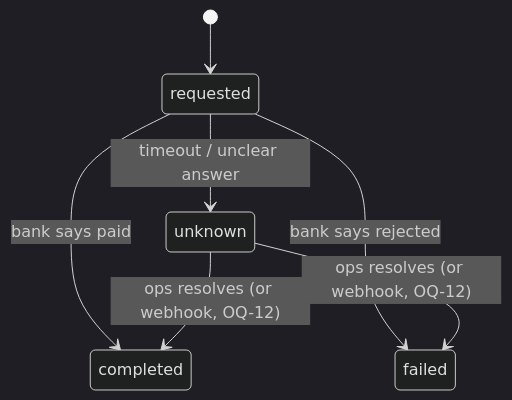
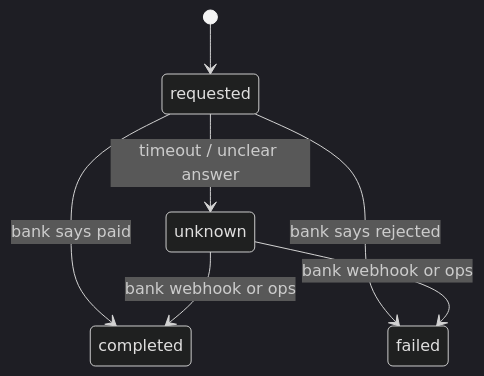
The second of 3 diagrams in docs/architecture.md (hacu9/beloz-challenge), drawn with Mermaid (dark theme) before and after one commit. The commit also changed other lines of this file and 52 other files, not shown here.

````diff
--- a/docs/architecture.md
+++ b/docs/architecture.md
@@ -151,9 +160,9 @@
 ```mermaid
 stateDiagram-v2
   [*] --> requested
   requested --> completed: bank says paid
   requested --> failed: bank says rejected
   requested --> unknown: timeout / unclear answer
-  unknown --> completed: ops resolves (or webhook, OQ-12)
-  unknown --> failed: ops resolves (or webhook, OQ-12)
+  unknown --> completed: bank webhook or ops
+  unknown --> failed: bank webhook or ops
 ```
````
